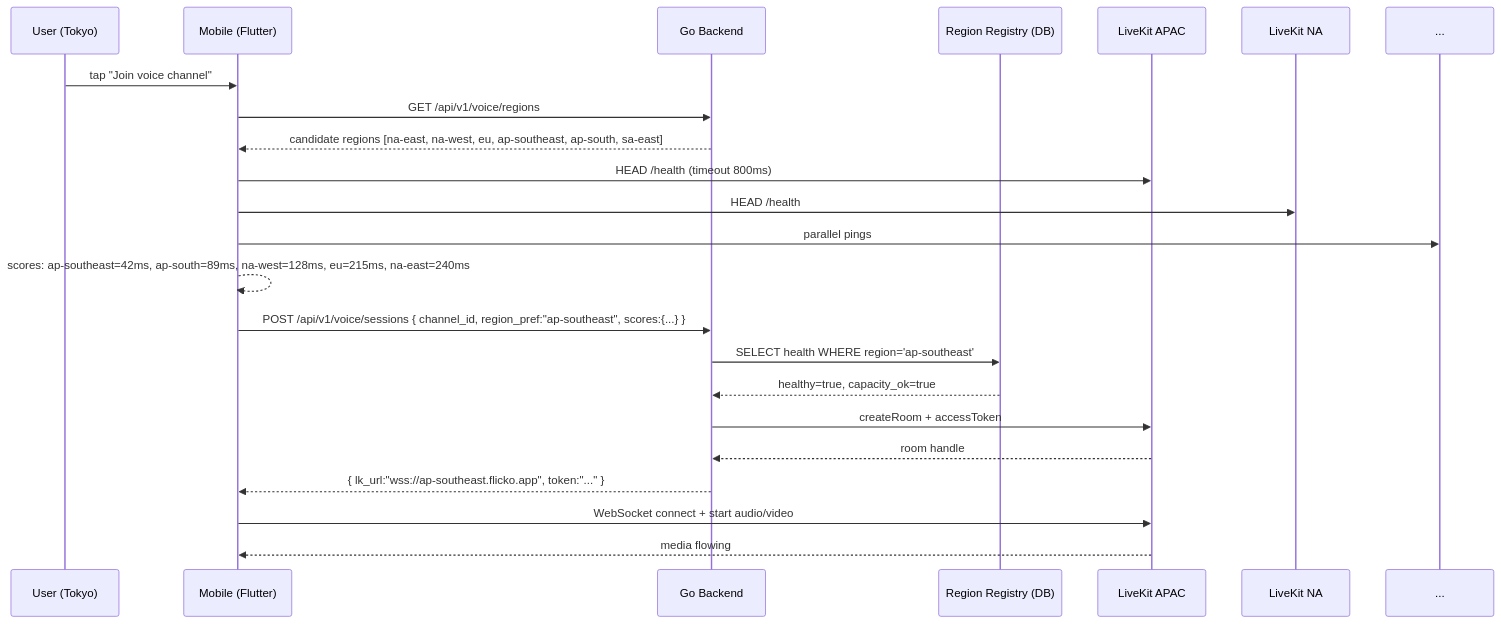
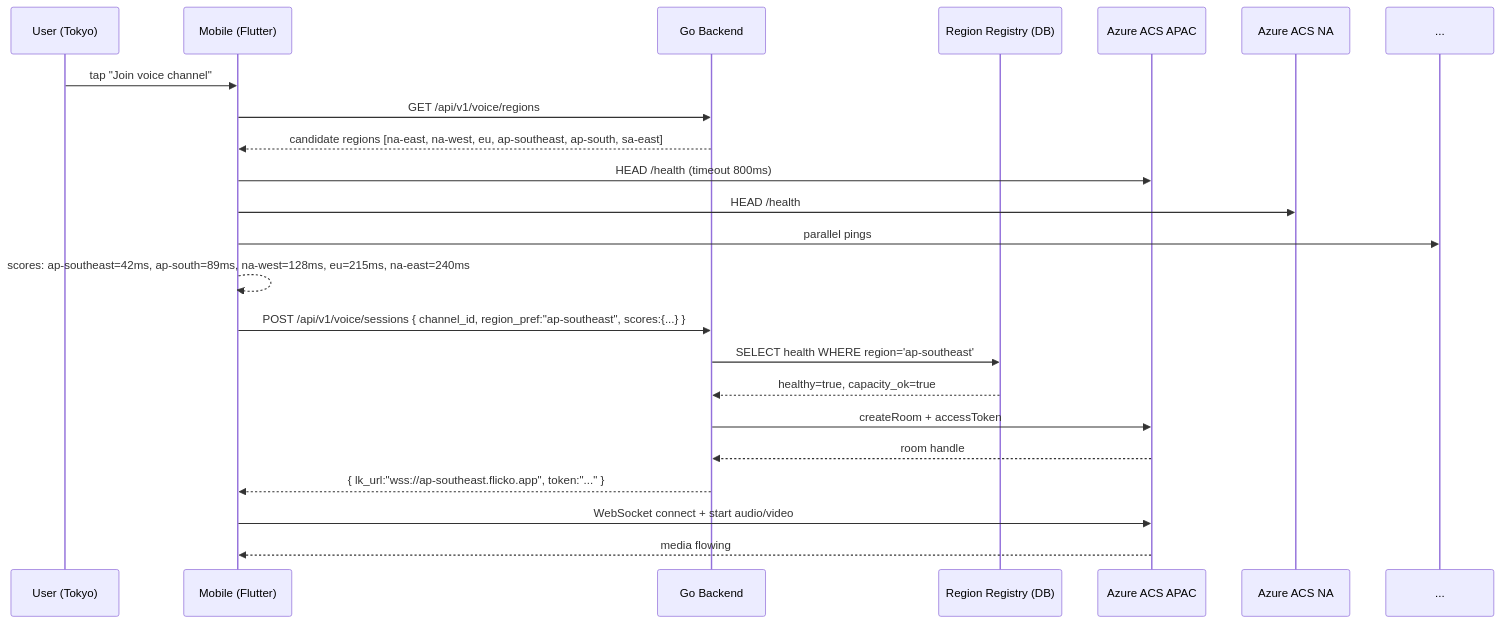
One commit to Santosh-Prasad-Verma/Flicko changed the diagram in missing-features/14-localization/regional-voice-servers/APPFLOW.md. Above: the diagram before and after it, drawn with Mermaid. The commit also changed other lines of this file and 225 other files, not shown here.

Commit message:
feat: eliminate legacy LiveKit references, align with Azure ACS VoIP stack, and prune docs (#84)

````diff
--- a/missing-features/14-localization/regional-voice-servers/APPFLOW.md
+++ b/missing-features/14-localization/regional-voice-servers/APPFLOW.md
@@ -5,25 +5,25 @@
 ```mermaid
 sequenceDiagram
     participant U as User (Tokyo)
     participant M as Mobile (Flutter)
     participant API as Go Backend
     participant Reg as Region Registry (DB)
-    participant LK_AP as LiveKit APAC
-    participant LK_NA as LiveKit NA
+    participant LK_AP as Azure ACS APAC
+    participant LK_NA as Azure ACS NA
 
     U->>M: tap "Join voice channel"
     M->>API: GET /api/v1/voice/regions
     API-->>M: candidate regions [na-east, na-west, eu, ap-southeast, ap-south, sa-east]
     M->>LK_AP: HEAD /health (timeout 800ms)
     M->>LK_NA: HEAD /health
     M->>...: parallel pings
     M-->>M: scores: ap-southeast=42ms, ap-south=89ms, na-west=128ms, eu=215ms, na-east=240ms
     M->>API: POST /api/v1/voice/sessions { channel_id, region_pref:"ap-southeast", scores:{...} }
     API->>Reg: SELECT health WHERE region='ap-southeast'
     Reg-->>API: healthy=true, capacity_ok=true
     API->>LK_AP: createRoom + accessToken
     LK_AP-->>API: room handle
     API-->>M: { lk_url:"wss://ap-southeast.flicko.app", token:"..." }
     M->>LK_AP: WebSocket connect + start audio/video
     LK_AP-->>M: media flowing
 ```
````
